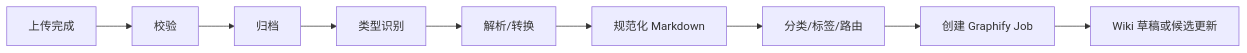
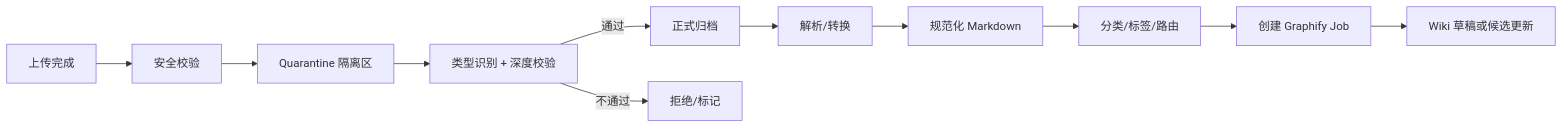
The diagram in docs/requirements/07_模块需求_资料上传归档解析.md (DankerMu/CherryWiki), drawn with Mermaid before and after one commit. The commit also changed other lines of this file, not shown here.

First line of the commit message:
docs: add upload quarantine, parse sandbox, size tiers, product hash, failure policy

````diff
--- a/docs/requirements/07_模块需求_资料上传归档解析.md
+++ b/docs/requirements/07_模块需求_资料上传归档解析.md
@@ -128,11 +128,13 @@
 ```mermaid
 flowchart LR
-  Upload[上传完成] --> Validate[校验]
-  Validate --> Archive[归档]
-  Archive --> Detect[类型识别]
-  Detect --> Parse[解析/转换]
+  Upload[上传完成] --> Validate[安全校验]
+  Validate --> Quarantine[Quarantine 隔离区]
+  Quarantine --> Detect[类型识别 + 深度校验]
+  Detect -->|通过| Archive[正式归档]
+  Detect -->|不通过| Reject[拒绝/标记]
+  Archive --> Parse[解析/转换]
   Parse --> Normalize[规范化 Markdown]
   Normalize --> Classify[分类/标签/路由]
   Classify --> Graphify[创建 Graphify Job]
   Graphify --> Wiki[Wiki 草稿或候选更新]
 ```
````
